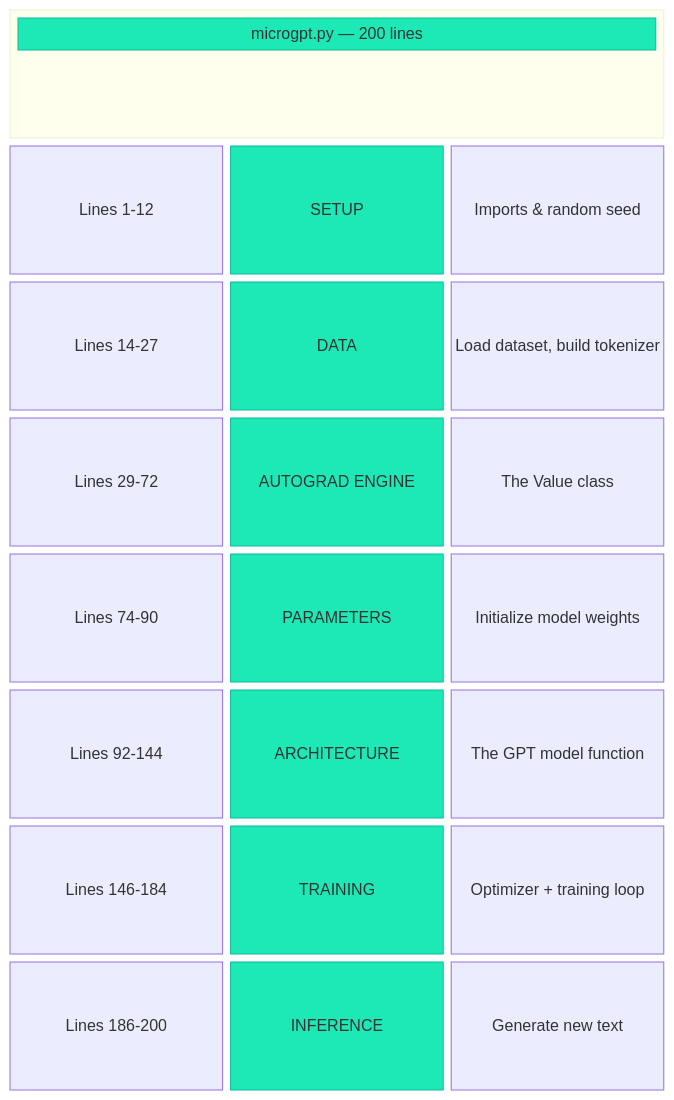
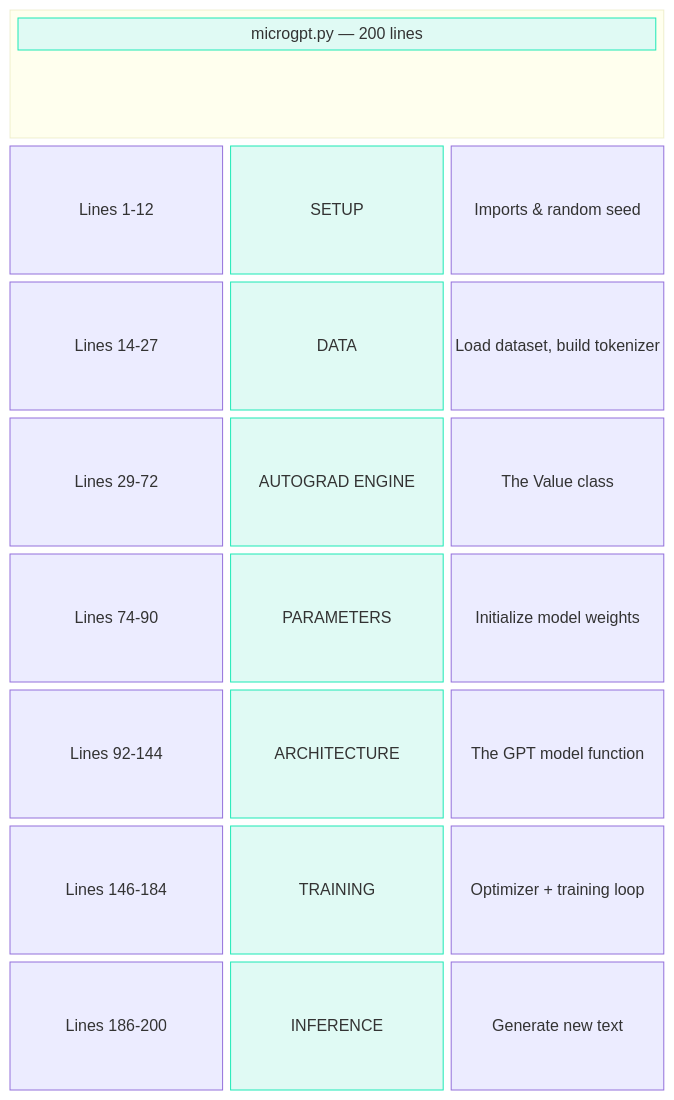
One commit to iamkhalid2/microgpt-course changed the first of 2 diagrams in docs/00-the-big-picture/01-the-200-line-map.md. Above: the diagram before and after it, drawn with Mermaid. The commit also changed other lines of this file and 21 other files, not shown here.

Commit message:
Fix Mermaid: remove hardcoded text color (theme-adaptive), add mobile scrolling, fix \\n to br

````diff
--- a/docs/00-the-big-picture/01-the-200-line-map.md
+++ b/docs/00-the-big-picture/01-the-200-line-map.md
@@ -7,24 +7,24 @@
 ```mermaid
 block-beta
     columns 3
     block:header:3
         columns 3
         h["microgpt.py — 200 lines"]:3
     end
     l1["Lines 1-12"] s1["SETUP"] d1["Imports & random seed"]
     l2["Lines 14-27"] s2["DATA"] d2["Load dataset, build tokenizer"]
     l3["Lines 29-72"] s3["AUTOGRAD ENGINE"] d3["The Value class"]
     l4["Lines 74-90"] s4["PARAMETERS"] d4["Initialize model weights"]
     l5["Lines 92-144"] s5["ARCHITECTURE"] d5["The GPT model function"]
     l6["Lines 146-184"] s6["TRAINING"] d6["Optimizer + training loop"]
     l7["Lines 186-200"] s7["INFERENCE"] d7["Generate new text"]
 
-    style h fill:#1de9b6,stroke:#0db99a,color:#fff
-    style s1 fill:#1de9b6,stroke:#0db99a,color:#000
-    style s2 fill:#1de9b6,stroke:#0db99a,color:#000
-    style s3 fill:#1de9b6,stroke:#0db99a,color:#000
-    style s4 fill:#1de9b6,stroke:#0db99a,color:#000
-    style s5 fill:#1de9b6,stroke:#0db99a,color:#000
-    style s6 fill:#1de9b6,stroke:#0db99a,color:#000
-    style s7 fill:#1de9b6,stroke:#0db99a,color:#000
+    style h fill:#e0faf4,stroke:#1de9b6
+    style s1 fill:#e0faf4,stroke:#1de9b6
+    style s2 fill:#e0faf4,stroke:#1de9b6
+    style s3 fill:#e0faf4,stroke:#1de9b6
+    style s4 fill:#e0faf4,stroke:#1de9b6
+    style s5 fill:#e0faf4,stroke:#1de9b6
+    style s6 fill:#e0faf4,stroke:#1de9b6
+    style s7 fill:#e0faf4,stroke:#1de9b6
 ```
````
